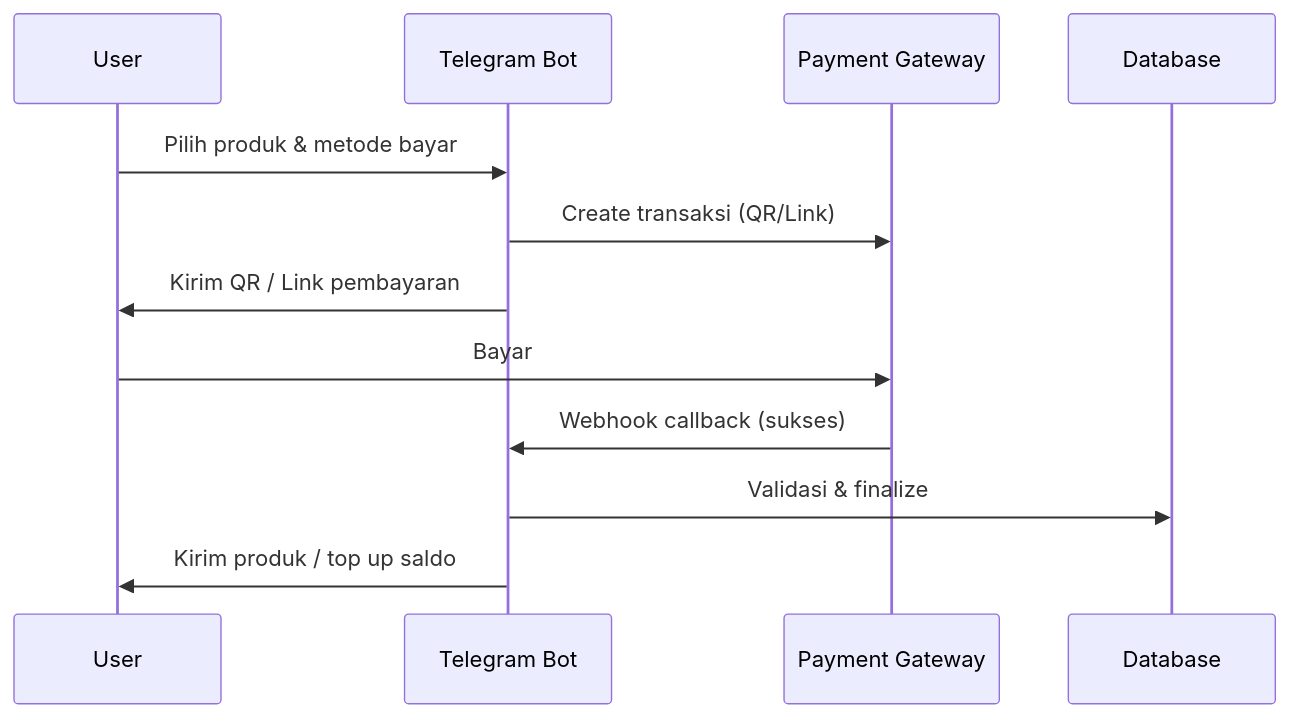
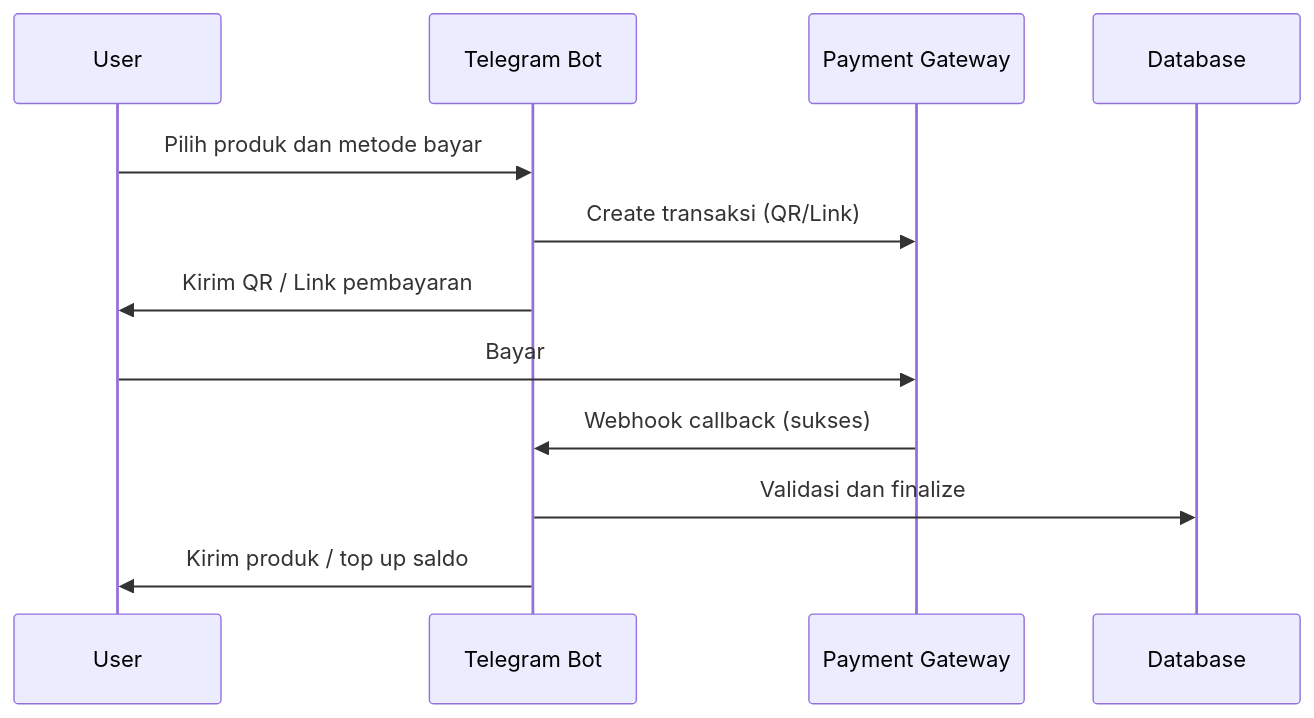
One commit to jundy779/Auto_Order_BOT changed the second of 2 diagrams in README.md. Above: the diagram before and after it, drawn with Mermaid. The commit also changed other lines of this file, not shown here.

````diff
--- a/README.md
+++ b/README.md
@@ -218,15 +218,15 @@
 ```mermaid
 sequenceDiagram
     participant U as User
     participant B as Telegram Bot
     participant PG as Payment Gateway
     participant DB as Database
 
-    U->>B: Pilih produk & metode bayar
+    U->>B: Pilih produk dan metode bayar
     B->>PG: Create transaksi (QR/Link)
     B->>U: Kirim QR / Link pembayaran
     U->>PG: Bayar
     PG->>B: Webhook callback (sukses)
-    B->>DB: Validasi & finalize
+    B->>DB: Validasi dan finalize
     B->>U: Kirim produk / top up saldo
 ```
````
